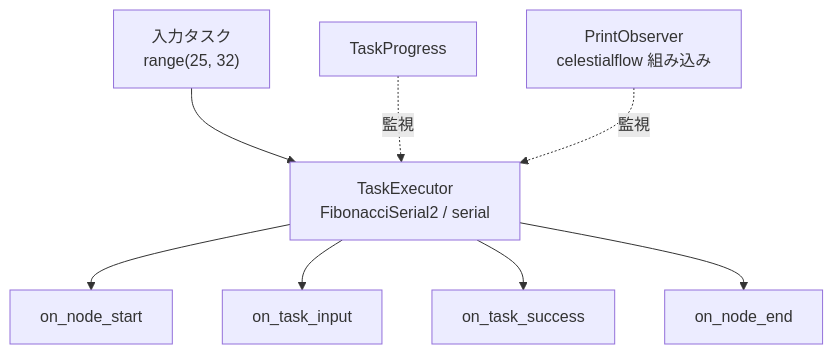
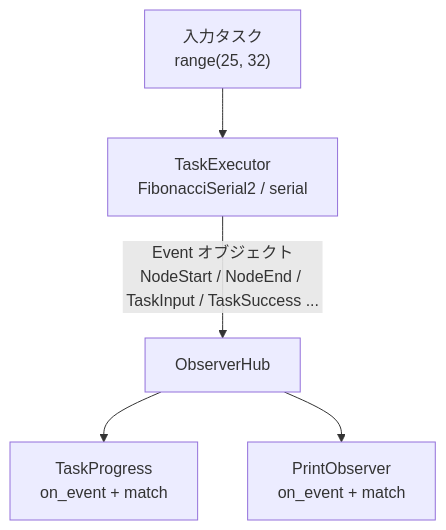
One commit to Mr-xiaotian/CelestialFlow changed the diagram in docs/ja/demo/demo_observer.md. Above: the diagram before and after it, drawn with Mermaid. The commit also changed other lines of this file and 176 other files, not shown here.

````diff
--- a/docs/ja/demo/demo_observer.md
+++ b/docs/ja/demo/demo_observer.md
@@ -25,10 +25,7 @@
 ```mermaid
 flowchart TB
     Input["入力タスク<br/>range(25, 32)"] --> Executor["TaskExecutor<br/>FibonacciSerial2 / serial"]
-    Progress["TaskProgress"] -.監視.-> Executor
-    Custom["PrintObserver<br/>celestialflow 組み込み"] -.監視.-> Executor
-    Executor --> NodeStart["on_node_start"]
-    Executor --> TaskInput["on_task_input"]
-    Executor --> Success["on_task_success"]
-    Executor --> NodeEnd["on_node_end"]
+    Executor -->|"Event オブジェクト<br/>NodeStart / NodeEnd / TaskInput / TaskSuccess ..."| Hub["ObserverHub"]
+    Hub --> Progress["TaskProgress<br/>on_event + match"]
+    Hub --> Print["PrintObserver<br/>on_event + match"]
 ```
````
